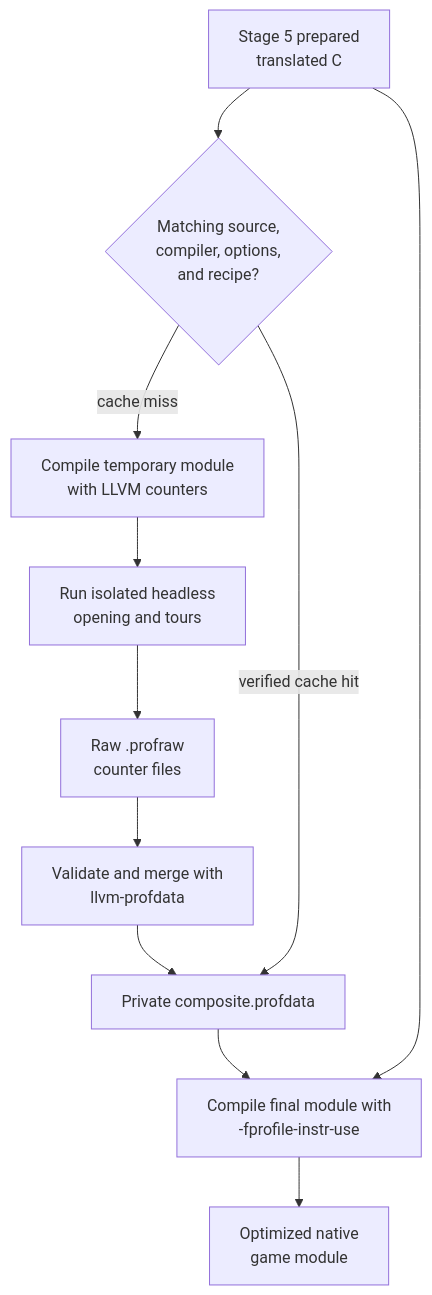
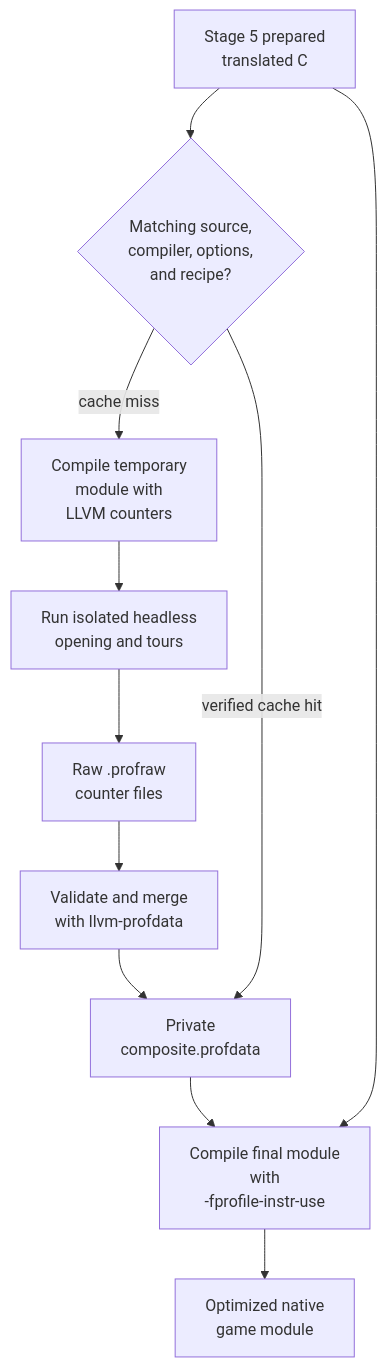
Before and after one commit to Aelbannan/boat_of_daphnes: the fourth of 6 diagrams in docs/performance/Overview.md, drawn with Mermaid. The commit also changed other lines of this file and 7 other files, not shown here.

Commit message:
Wrap Mermaid diagram labels

````diff
--- a/docs/performance/Overview.md
+++ b/docs/performance/Overview.md
@@ -291,27 +294,29 @@
 ```mermaid
 flowchart TD
     Prepared["`Stage 5 prepared
 translated C`"]
     Fingerprint{"`Matching source,
 compiler, options,
 and recipe?`"}
-    Instrument["`Compile temporary module
-with LLVM counters`"]
+    Instrument["`Compile temporary
+module with
+LLVM counters`"]
     Playback["`Run isolated headless
 opening and tours`"]
     Raw["`Raw .profraw
 counter files`"]
-    Merge["`Validate and merge with
-llvm-profdata`"]
-    Profile["Private composite.profdata"]
-    Final["`Compile final module with
+    Merge["`Validate and merge
+with llvm-profdata`"]
+    Profile["Private<br/>composite.profdata"]
+    Final["`Compile final module
+with
 -fprofile-instr-use`"]
     Module["`Optimized native
 game module`"]
 
     Prepared --> Fingerprint
     Fingerprint -->|cache miss| Instrument --> Playback --> Raw --> Merge --> Profile
     Fingerprint -->|verified cache hit| Profile
     Profile --> Final
     Prepared --> Final --> Module
 ```
````
